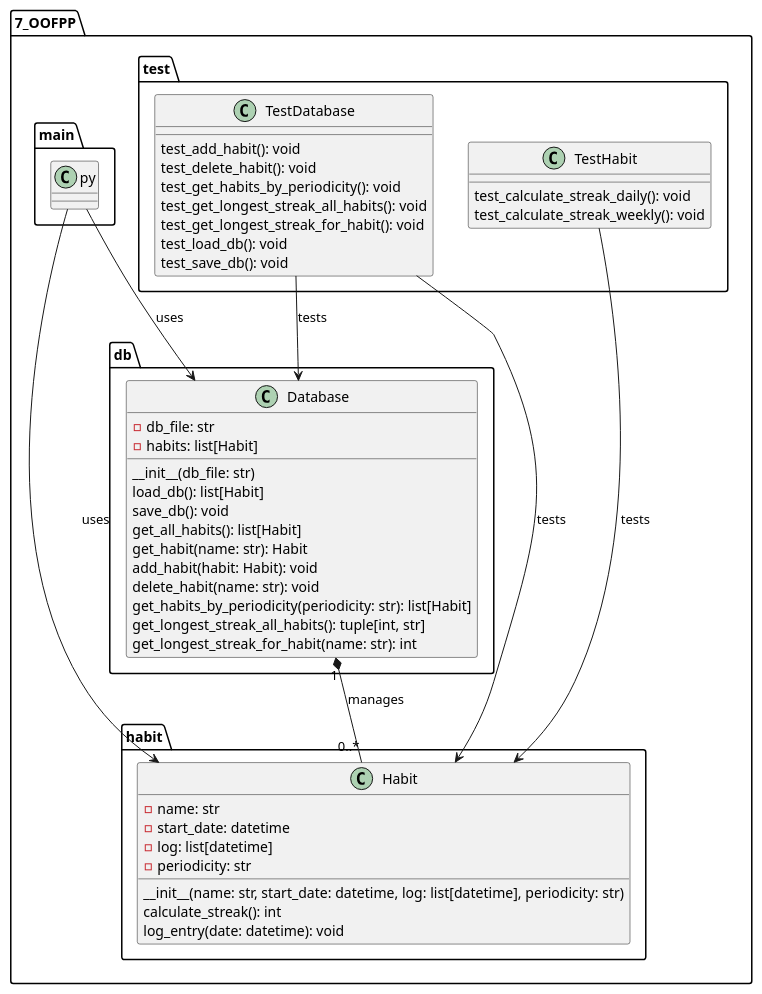
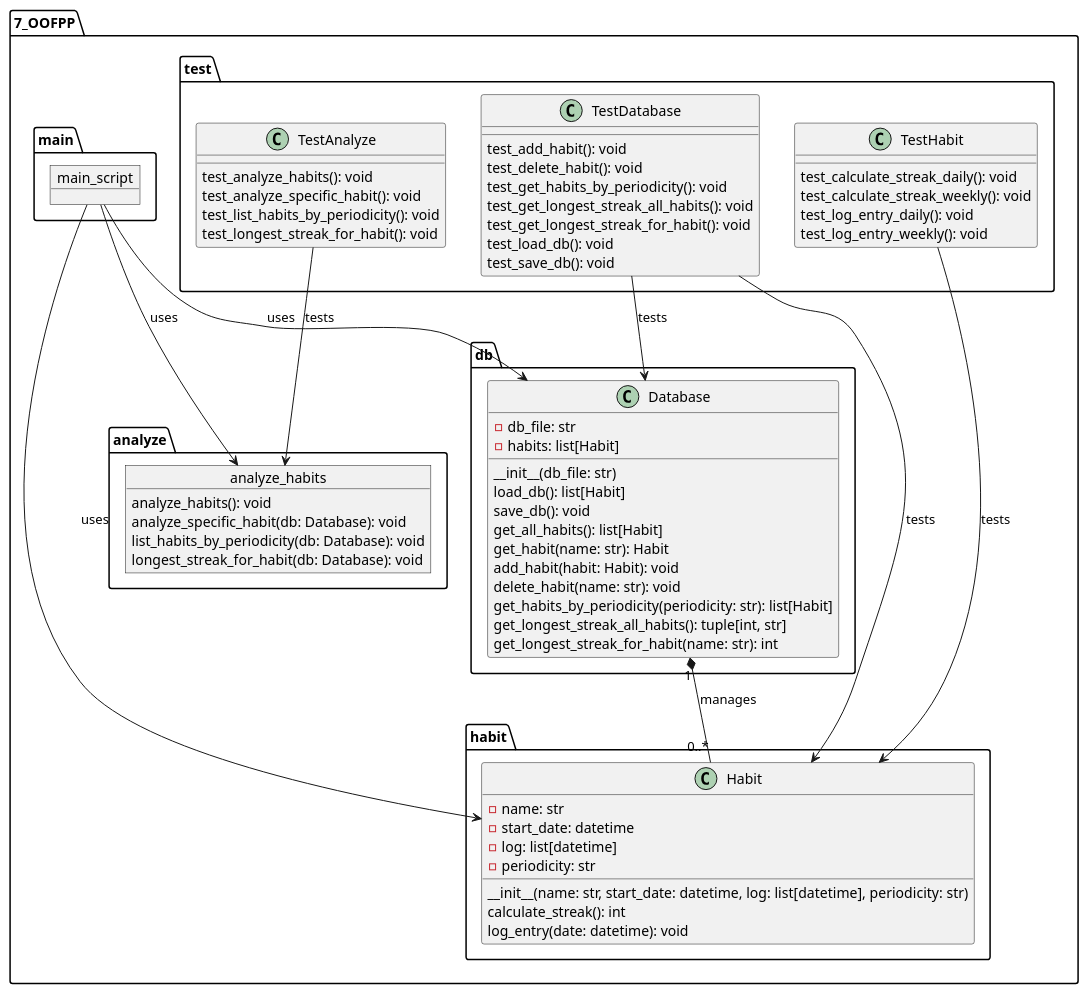
Before and after one commit to SkyFly03/Habit_Tracking_App: the diagram in class_diagram.puml, drawn with PlantUML. The commit also changed 6 other files, not shown here.

```diff
--- a/class_diagram.puml
+++ b/class_diagram.puml
@@ -1,58 +1,83 @@
 @startuml
 package "7_OOFPP" {
     package "habit" {
         class Habit {
             - name: str
             - start_date: datetime
             - log: list[datetime]
             - periodicity: str
             __init__(name: str, start_date: datetime, log: list[datetime], periodicity: str)
             calculate_streak(): int
             log_entry(date: datetime): void
         }
     }
 
     package "db" {
         class Database {
             - db_file: str
             - habits: list[Habit]
             __init__(db_file: str)
             load_db(): list[Habit]
             save_db(): void
             get_all_habits(): list[Habit]
             get_habit(name: str): Habit
             add_habit(habit: Habit): void
             delete_habit(name: str): void
             get_habits_by_periodicity(periodicity: str): list[Habit]
             get_longest_streak_all_habits(): tuple[int, str]
             get_longest_streak_for_habit(name: str): int
         }
     }
 
     package "test" {
         class TestHabit {
             test_calculate_streak_daily(): void
             test_calculate_streak_weekly(): void
+            test_log_entry_daily(): void
+            test_log_entry_weekly(): void
         }
 
         class TestDatabase {
             test_add_habit(): void
             test_delete_habit(): void
             test_get_habits_by_periodicity(): void
             test_get_longest_streak_all_habits(): void
             test_get_longest_streak_for_habit(): void
             test_load_db(): void
             test_save_db(): void
         }
+
+        class TestAnalyze {
+            test_analyze_habits(): void
+            test_analyze_specific_habit(): void
+            test_list_habits_by_periodicity(): void
+            test_longest_streak_for_habit(): void
+        }
     }
 
-    main.py -down-> Habit : uses
-    main.py -down-> Database : uses
+    package "analyze" {
+        object analyze_habits {
+            analyze_habits(): void
+            analyze_specific_habit(db: Database): void
+            list_habits_by_periodicity(db: Database): void
+            longest_streak_for_habit(db: Database): void
+        }
+    }
+
+    package "main" {
+        object main_script {
+        }
+    }
+
+    main_script -down-> Habit : uses
+    main_script -down-> Database : uses
+    main_script -down-> analyze_habits : uses
 
     TestHabit -down-> Habit : tests
     TestDatabase -down-> Database : tests
     TestDatabase -down-> Habit : tests
+    TestAnalyze -down-> analyze_habits : tests
 
     Database "1" *-down- "0..*" Habit : manages
 }
 @enduml
```
